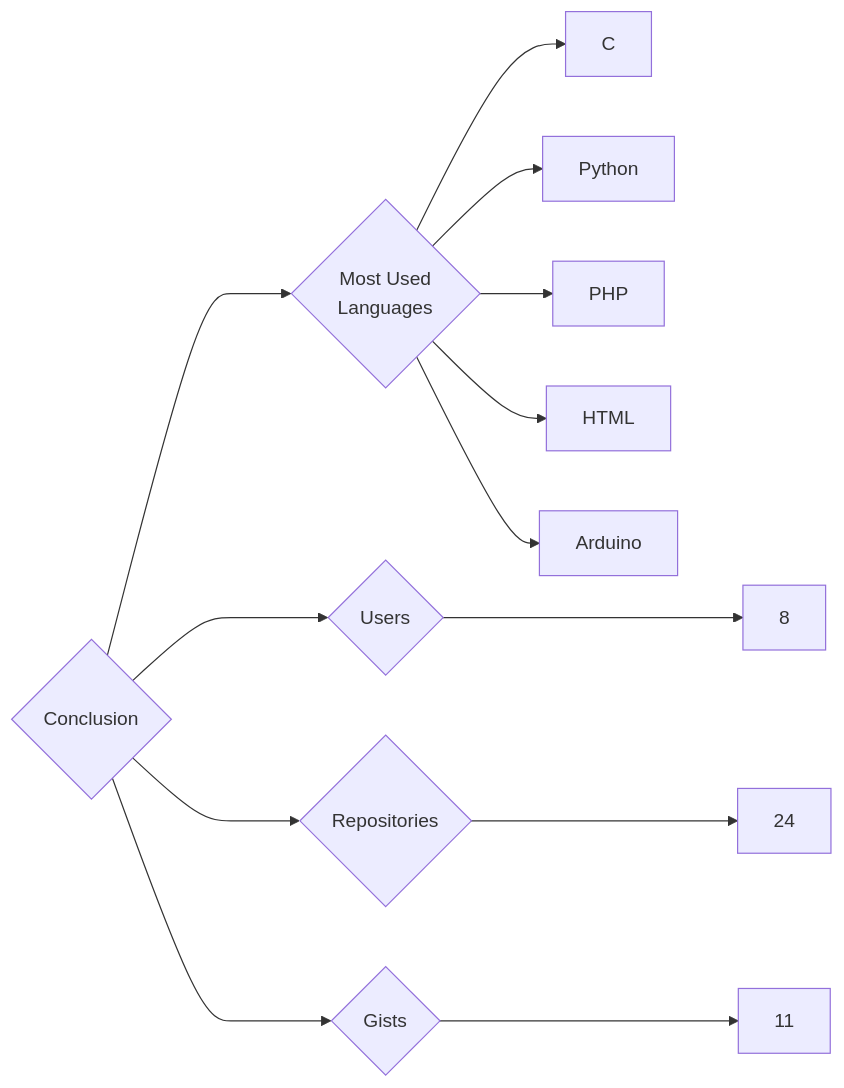
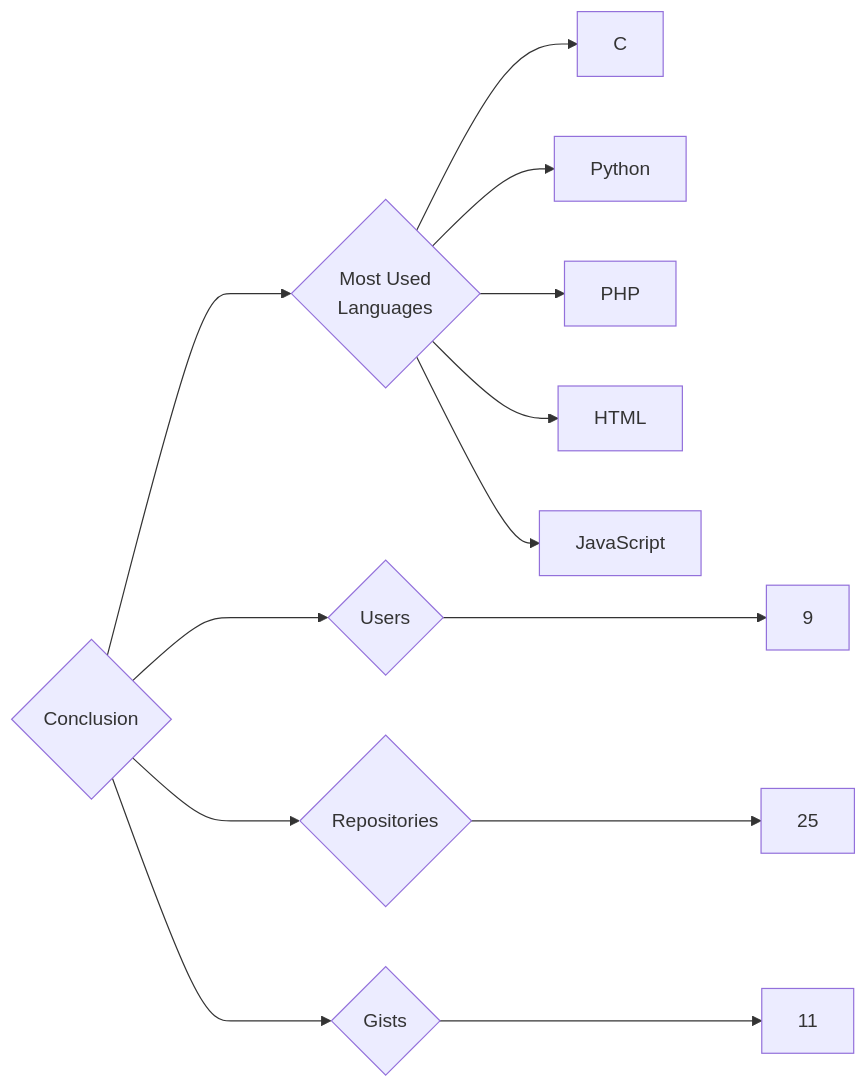
The diagram in targets/Conclusion/README.md (trickest/insiders), drawn with Mermaid before and after one commit. The commit also changed 934 other files, not shown here.

````diff
--- a/targets/Conclusion/README.md
+++ b/targets/Conclusion/README.md
@@ -3,13 +3,13 @@
 ```mermaid
 graph LR
 COMPANY_NAME{Conclusion}
-COMPANY_NAME ---> U{Users} ---> UN[8]
-COMPANY_NAME ---> R{Repositories} ---> RN[24]
+COMPANY_NAME ---> U{Users} ---> UN[9]
+COMPANY_NAME ---> R{Repositories} ---> RN[25]
 COMPANY_NAME ---> G{Gists} ---> GN[11]
 COMPANY_NAME ---> ML{Most Used<br>Languages}
 ML --> C[C]
 ML --> Python[Python]
 ML --> PHP[PHP]
 ML --> HTML[HTML]
-ML --> Arduino[Arduino]
+ML --> JavaScript[JavaScript]
 ```
````
